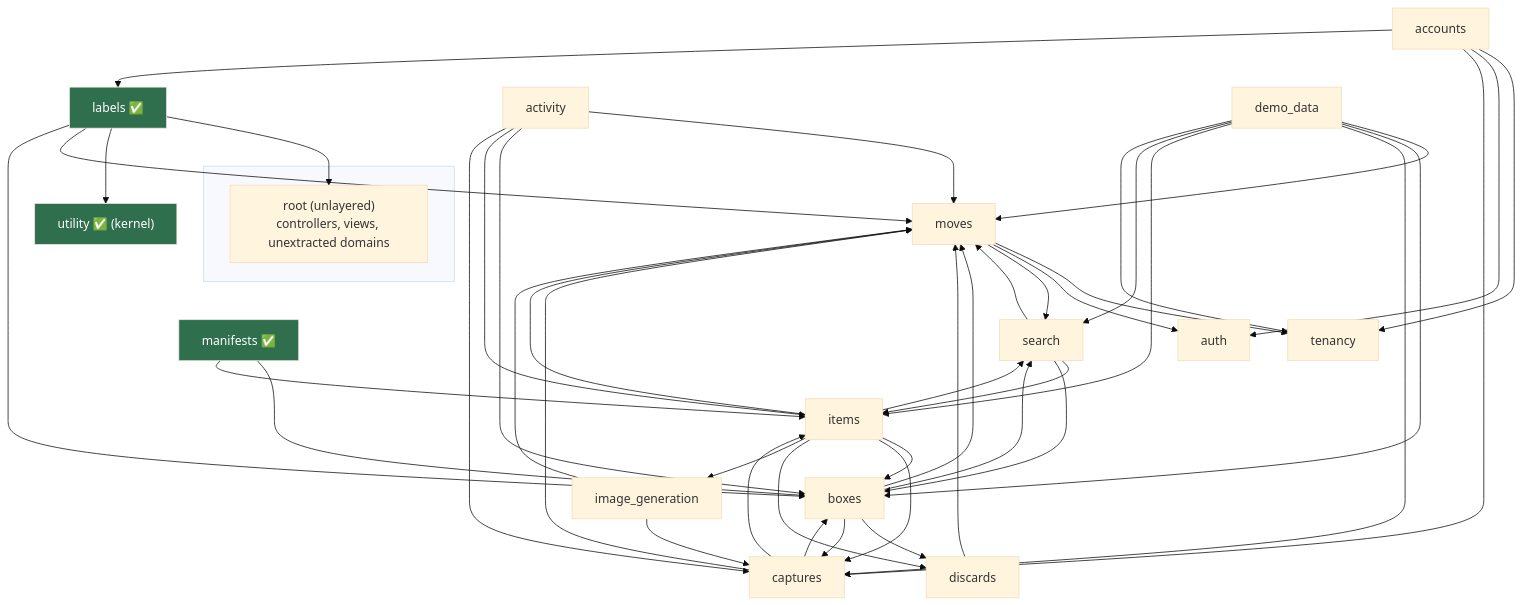
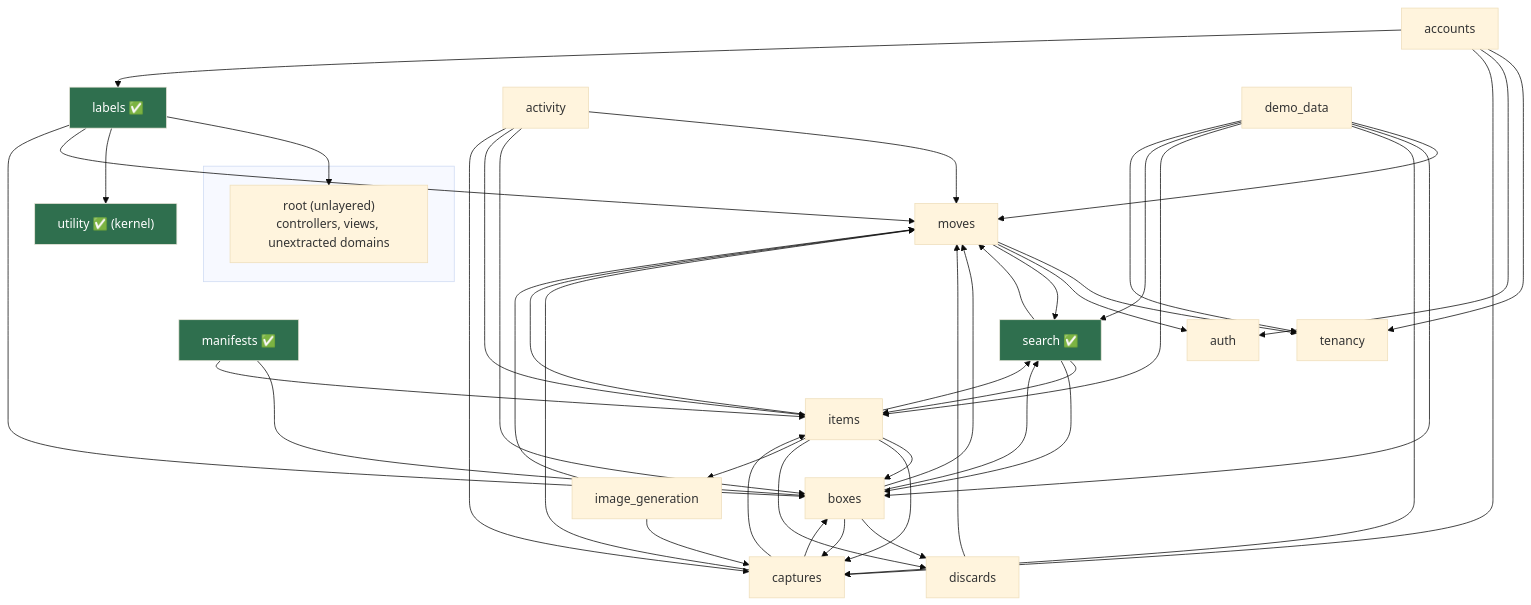
Before and after one commit to joel/move: the diagram in doc/project/packwerk-boundaries.md, drawn with Mermaid (base theme). The commit also changed 2 other files, not shown here.

Commit message:
docs(packwerk): mark search as an extracted domain pack
Update the domain map (Mermaid + SVG/Excalidraw) to show packs/search
alongside labels and manifests in the domain layer.

````diff
--- a/doc/project/packwerk-boundaries.md
+++ b/doc/project/packwerk-boundaries.md
@@ -154,39 +154,39 @@
 ```mermaid
 graph TD
     subgraph application [" "]
       root["root (unlayered)<br/>controllers, views, unextracted domains"]
     end
 
     labels["labels ✅"]
     utility["utility ✅ (kernel)"]
     boxes["boxes"]
     items["items"]
     moves["moves"]
     captures["captures"]
-    search["search"]
+    search["search ✅"]
     image_gen["image_generation"]
     activity["activity"]
     manifests["manifests ✅"]
     discards["discards"]
     accounts["accounts"]
     demo["demo_data"]
     tenancy["tenancy"]
     auth["auth"]
 
     labels --> root & utility
     boxes --> moves & discards & search & captures
     items --> boxes & moves & captures & discards & image_gen & search
     captures --> moves & boxes & items
     search --> moves & items & boxes
     moves --> tenancy & auth & search
     image_gen --> moves & captures
     activity --> moves & boxes & items & captures
     manifests --> boxes & items
     labels --> moves & boxes
     accounts --> tenancy & auth & captures & labels
     demo --> moves & boxes & captures & items & search & tenancy
     discards --> moves
 
     classDef done fill:#2f6f4e,stroke:#ECE7DC,color:#fff;
-    class labels,utility,manifests done;
+    class labels,utility,manifests,search done;
 ```
````
